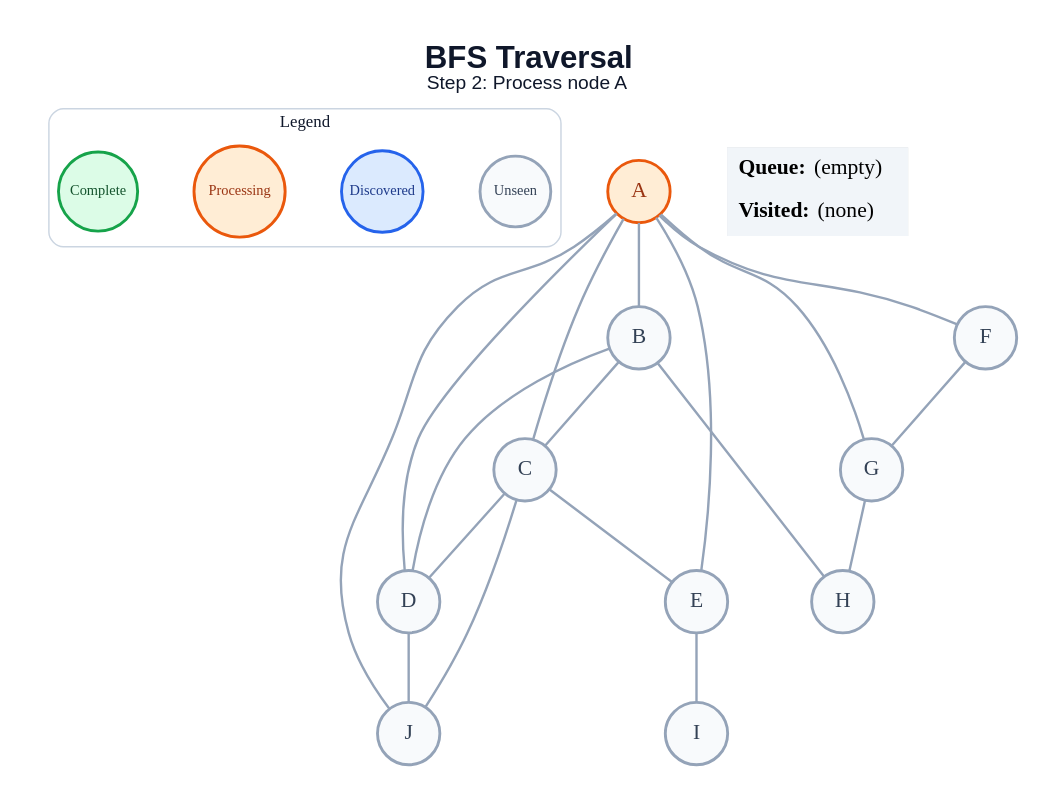
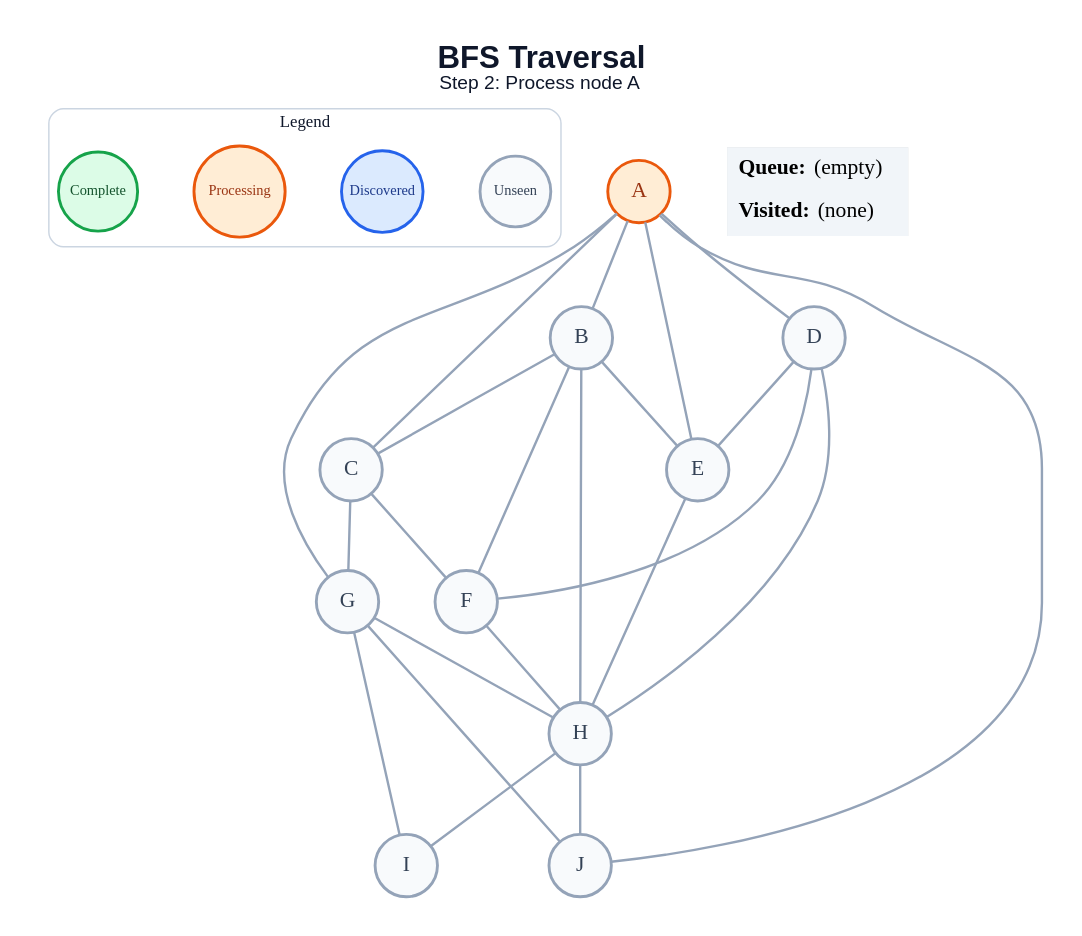
The diagram in generated/bfs/step_02.dot (anon7238593-create/ai-slop), drawn with Graphviz before and after one commit. The commit also changed 178 other files, not shown here.

```diff
--- a/generated/bfs/step_02.dot
+++ b/generated/bfs/step_02.dot
@@ -1,46 +1,51 @@
 graph traversal {
   graph [layout=dot, rankdir=TB, bgcolor="#FFFFFF", pad="0.35", nodesep="0.65", ranksep="0.8", fontname="Arial"];
   node [shape=circle, style="filled", fontname="Arial Bold", fontsize=18, width=0.72, fixedsize=true, penwidth=2.4];
   edge [color="#94A3B8", penwidth=2.0];
   label=<<B>BFS Traversal</B><BR/><FONT POINT-SIZE="16">Step 2: Process node A</FONT>>; labelloc="t"; fontsize=26; fontname="Arial"; fontcolor="#0F172A";
   subgraph cluster_legend { label="Legend"; color="#CBD5E1"; penwidth=1.2; style="rounded"; fontsize=14; fontname="Arial Bold";
     key_unseen [label="Unseen", fillcolor="#F8FAFC", color="#94A3B8", fontcolor="#334155", fontsize=12, width=0.82];
     key_frontier [label="Discovered", fillcolor="#DBEAFE", color="#2563EB", fontcolor="#1E3A8A", fontsize=12, width=0.95];
     key_current [label="Processing", fillcolor="#FFEDD5", color="#EA580C", fontcolor="#9A3412", fontsize=12, width=1.05];
     key_done [label="Complete", fillcolor="#DCFCE7", color="#16A34A", fontcolor="#14532D", fontsize=12, width=0.92];
     { rank=same; key_unseen; key_frontier; key_current; key_done; }
   }
   A [fillcolor="#FFEDD5", color="#EA580C", fontcolor="#9A3412"];
   B [fillcolor="#F8FAFC", color="#94A3B8", fontcolor="#334155"];
   C [fillcolor="#F8FAFC", color="#94A3B8", fontcolor="#334155"];
   D [fillcolor="#F8FAFC", color="#94A3B8", fontcolor="#334155"];
   E [fillcolor="#F8FAFC", color="#94A3B8", fontcolor="#334155"];
   F [fillcolor="#F8FAFC", color="#94A3B8", fontcolor="#334155"];
   G [fillcolor="#F8FAFC", color="#94A3B8", fontcolor="#334155"];
   H [fillcolor="#F8FAFC", color="#94A3B8", fontcolor="#334155"];
   I [fillcolor="#F8FAFC", color="#94A3B8", fontcolor="#334155"];
   J [fillcolor="#F8FAFC", color="#94A3B8", fontcolor="#334155"];
   A -- B;
   A -- C;
   A -- D;
   A -- E;
-  A -- F;
   A -- G;
   A -- J;
   B -- C;
-  B -- D;
+  B -- E;
+  B -- F;
   B -- H;
-  C -- D;
-  C -- E;
-  C -- J;
-  D -- J;
-  E -- I;
-  F -- G;
+  C -- F;
+  C -- G;
+  D -- E;
+  D -- F;
+  D -- H;
+  E -- H;
+  F -- H;
   G -- H;
+  G -- I;
+  G -- J;
+  H -- I;
+  H -- J;
   status [shape=plain, fixedsize=false, width=0, height=0, margin=0, label=<
     <TABLE BORDER="0" CELLBORDER="0" CELLPADDING="7" BGCOLOR="#F1F5F9">
       <TR><TD ALIGN="LEFT"><B>Queue:</B> (empty)</TD></TR>
       <TR><TD ALIGN="LEFT"><B>Visited:</B> (none)</TD></TR>
     </TABLE>
   >];
 }
```
